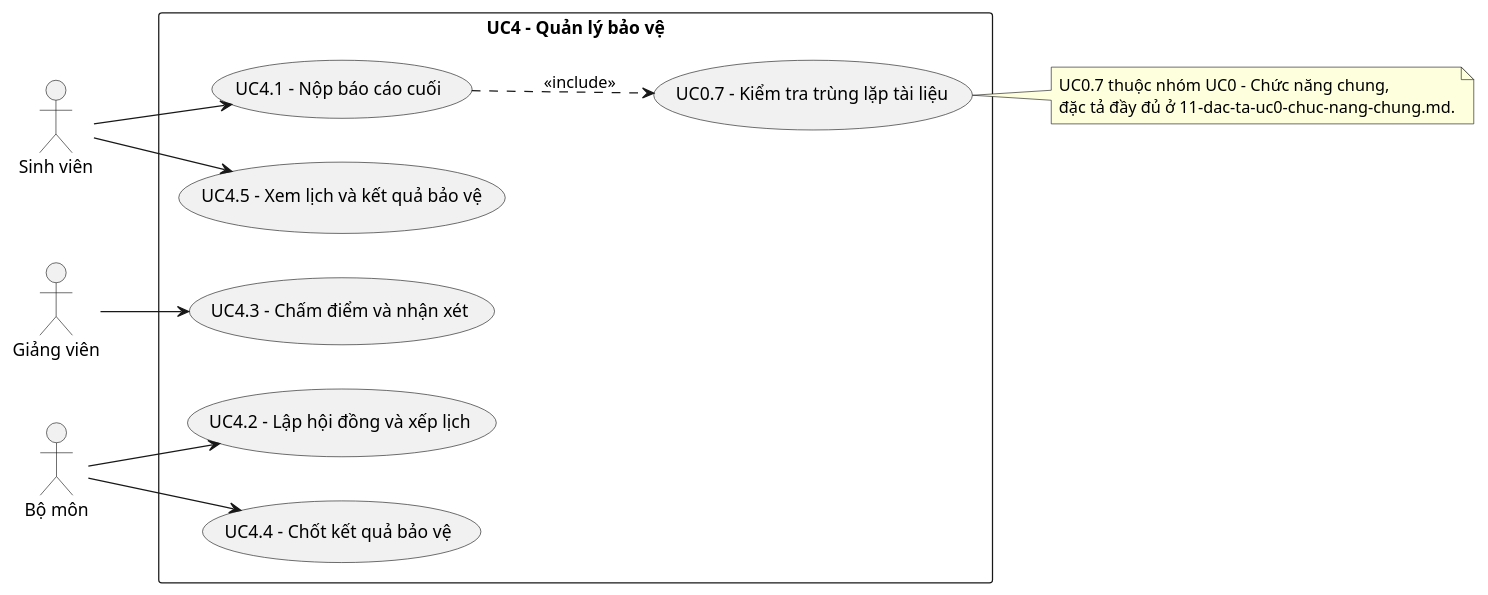
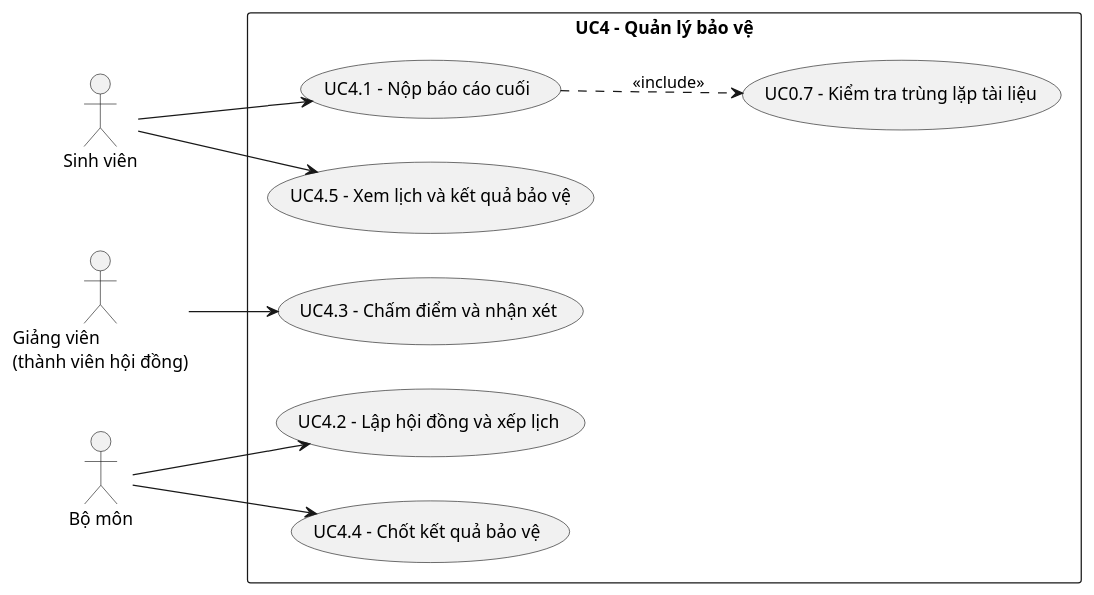
The diagram in docs/chuong-2-khao-sat-phan-tich/uc/uc4-quan-ly-bao-ve.puml (dtc235200036-alt/ICTU-DATN-NguyenThiMaiAnh), drawn with PlantUML before and after one commit. The commit also changed 233 other files, not shown here.

```diff
--- a/docs/chuong-2-khao-sat-phan-tich/uc/uc4-quan-ly-bao-ve.puml
+++ b/docs/chuong-2-khao-sat-phan-tich/uc/uc4-quan-ly-bao-ve.puml
@@ -1,30 +1,24 @@
 @startuml uc4-quan-ly-bao-ve
 left to right direction
 skinparam packageStyle rectangle
 
 actor "Sinh viên" as SV
-actor "Giảng viên" as GV
+actor "Giảng viên\n(thành viên hội đồng)" as GV
 actor "Bộ môn" as BM
 
 rectangle "UC4 – Quản lý bảo vệ" {
   usecase "UC4.1 – Nộp báo cáo cuối" as UC4_1
   usecase "UC4.2 – Lập hội đồng và xếp lịch" as UC4_2
   usecase "UC4.3 – Chấm điểm và nhận xét" as UC4_3
   usecase "UC4.4 – Chốt kết quả bảo vệ" as UC4_4
   usecase "UC4.5 – Xem lịch và kết quả bảo vệ" as UC4_5
   usecase "UC0.7 – Kiểm tra trùng lặp tài liệu" as UC0_7
 }
 
 SV --> UC4_1
 BM --> UC4_2
 GV --> UC4_3
 BM --> UC4_4
 SV --> UC4_5
-
 UC4_1 ..> UC0_7 : <<include>>
-
-note right of UC0_7
-  UC0.7 thuộc nhóm UC0 – Chức năng chung,
-  đặc tả đầy đủ ở 11-dac-ta-uc0-chuc-nang-chung.md.
-end note
 @enduml
```
